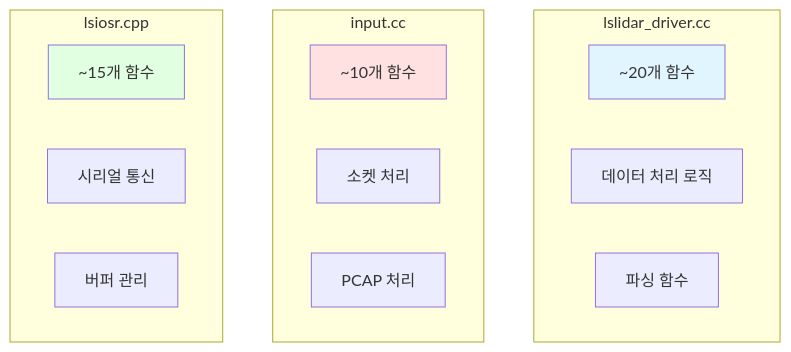
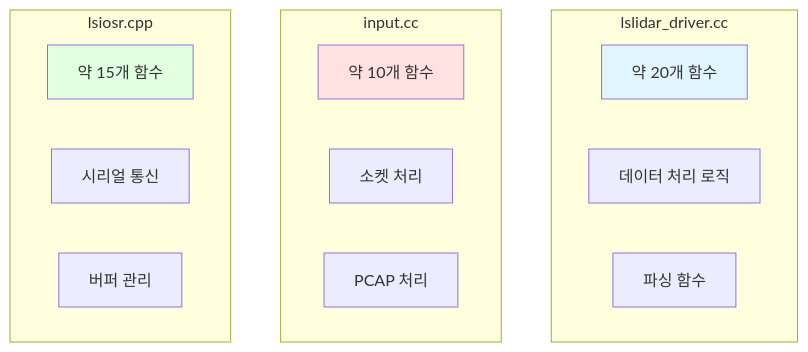
The sixth of 13 diagrams in docs/code-metrics.md (declue/Lslidar_ROS2_driver), drawn with Mermaid before and after one commit. The commit also changed other lines of this file and 3 other files, not shown here.

First line of the commit message:
fix: Mermaid 다이어그램 렌더링 오류 수정

````diff
--- a/docs/code-metrics.md
+++ b/docs/code-metrics.md
@@ -233,24 +236,24 @@
 ```mermaid
 graph TB
     subgraph "lslidar_driver.cc"
-        FUNC1[~20개 함수]
+        FUNC1[약 20개 함수]
         FUNC2[데이터 처리 로직]
         FUNC3[파싱 함수]
     end
 
     subgraph "input.cc"
-        FUNC4[~10개 함수]
+        FUNC4[약 10개 함수]
         FUNC5[소켓 처리]
         FUNC6[PCAP 처리]
     end
 
     subgraph "lsiosr.cpp"
-        FUNC7[~15개 함수]
+        FUNC7[약 15개 함수]
         FUNC8[시리얼 통신]
         FUNC9[버퍼 관리]
     end
 
     style FUNC1 fill:#e1f5ff
     style FUNC4 fill:#ffe1e1
     style FUNC7 fill:#e1ffe1
 ```
````
